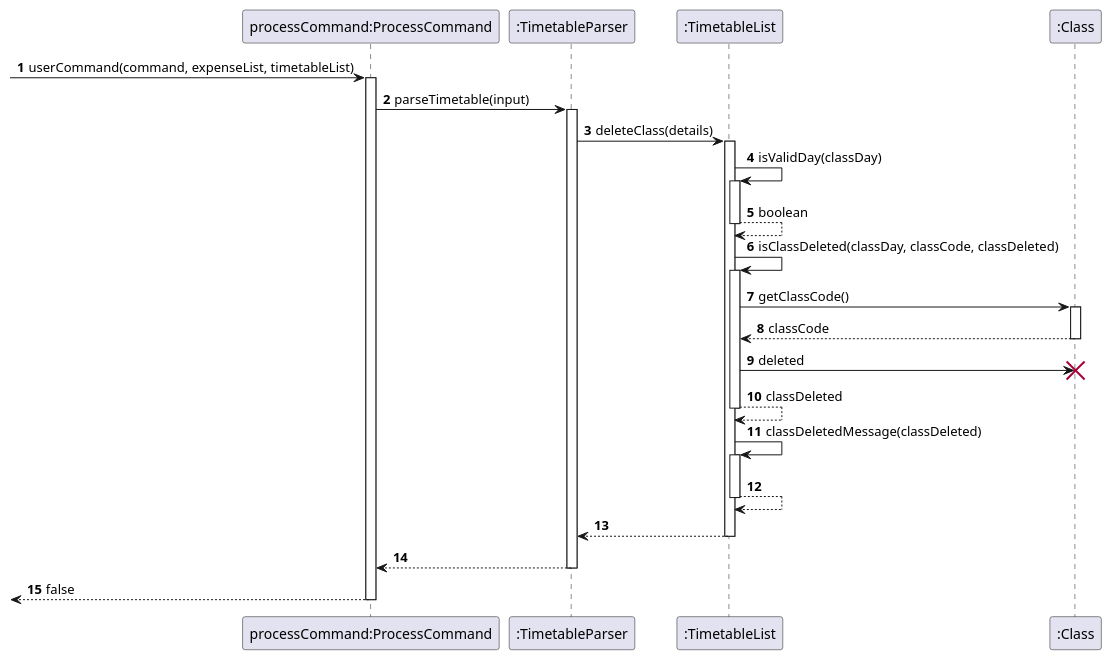
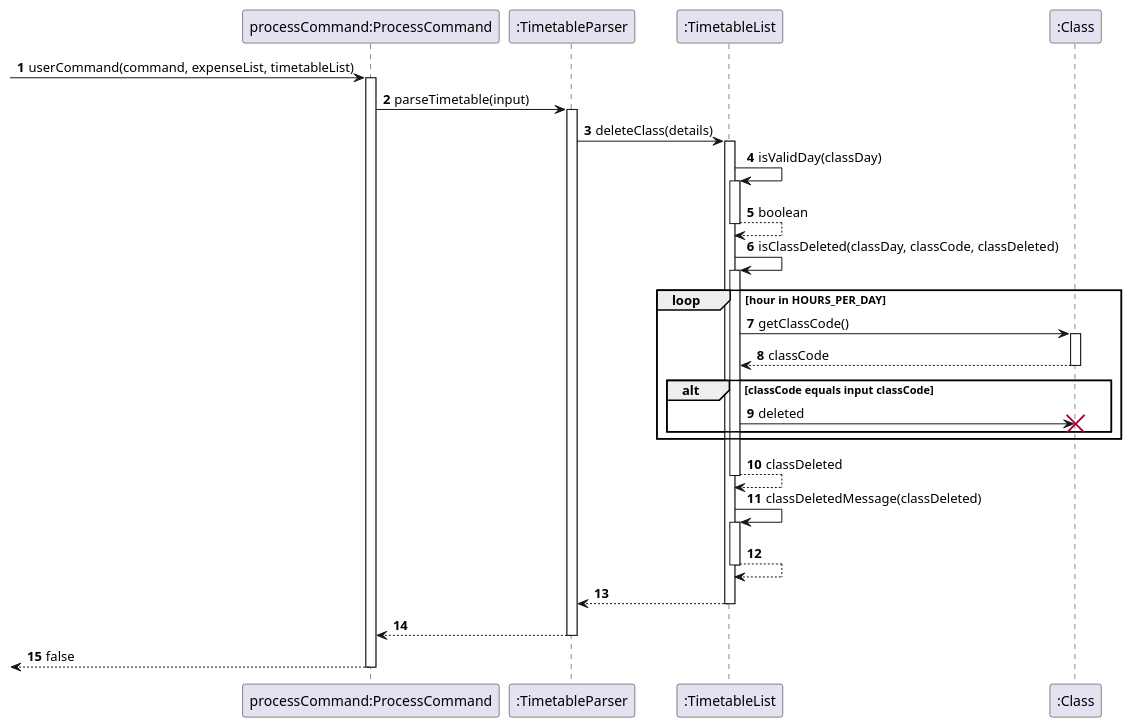
Before and after one commit to nyh3/tp: the diagram in docs/diagrams/sequencediagram/DeleteClass.puml, drawn with PlantUML. The commit also changed 5 other files, not shown here.

Commit message:
Update diagrams and added explanation

```diff
--- a/docs/diagrams/sequencediagram/DeleteClass.puml
+++ b/docs/diagrams/sequencediagram/DeleteClass.puml
@@ -1,54 +1,59 @@
 @startuml
 'https://plantuml.com/sequence-diagram
 
 autonumber
 participant "processCommand:ProcessCommand" as processCommand
 participant ":TimetableParser" as timetableParser
 participant ":TimetableList" as timetableList
 participant ":Class" as class
 
 [-> processCommand: userCommand(command, expenseList, timetableList)
 activate processCommand
 
 processCommand -> timetableParser: parseTimetable(input)
 activate timetableParser
 
 timetableParser -> timetableList: deleteClass(details)
 activate timetableList
 
 timetableList -> timetableList: isValidDay(classDay)
 activate timetableList
 
 timetableList --> timetableList: boolean
 deactivate timetableList
 
 timetableList -> timetableList: isClassDeleted(classDay, classCode, classDeleted)
 activate timetableList
 
-timetableList -> class: getClassCode()
-activate class
+loop hour in HOURS_PER_DAY
+    timetableList -> class: getClassCode()
+    activate class
 
-timetableList <-- class: classCode
-deactivate class
+    timetableList <-- class: classCode
+    deactivate class
 
-timetableList -> class !! : deleted
+    alt classCode equals input classCode
+        timetableList -> class !! : deleted
+
+    end
+end
 
 timetableList --> timetableList: classDeleted
 deactivate timetableList
 
 timetableList -> timetableList: classDeletedMessage(classDeleted)
 activate timetableList
 
 timetableList --> timetableList:
 deactivate timetableList
 
 timetableList --> timetableParser
 deactivate timetableList
 
 timetableParser --> processCommand
 deactivate timetableParser
 
 processCommand -->[: false
 deactivate processCommand
 
 @enduml
```
